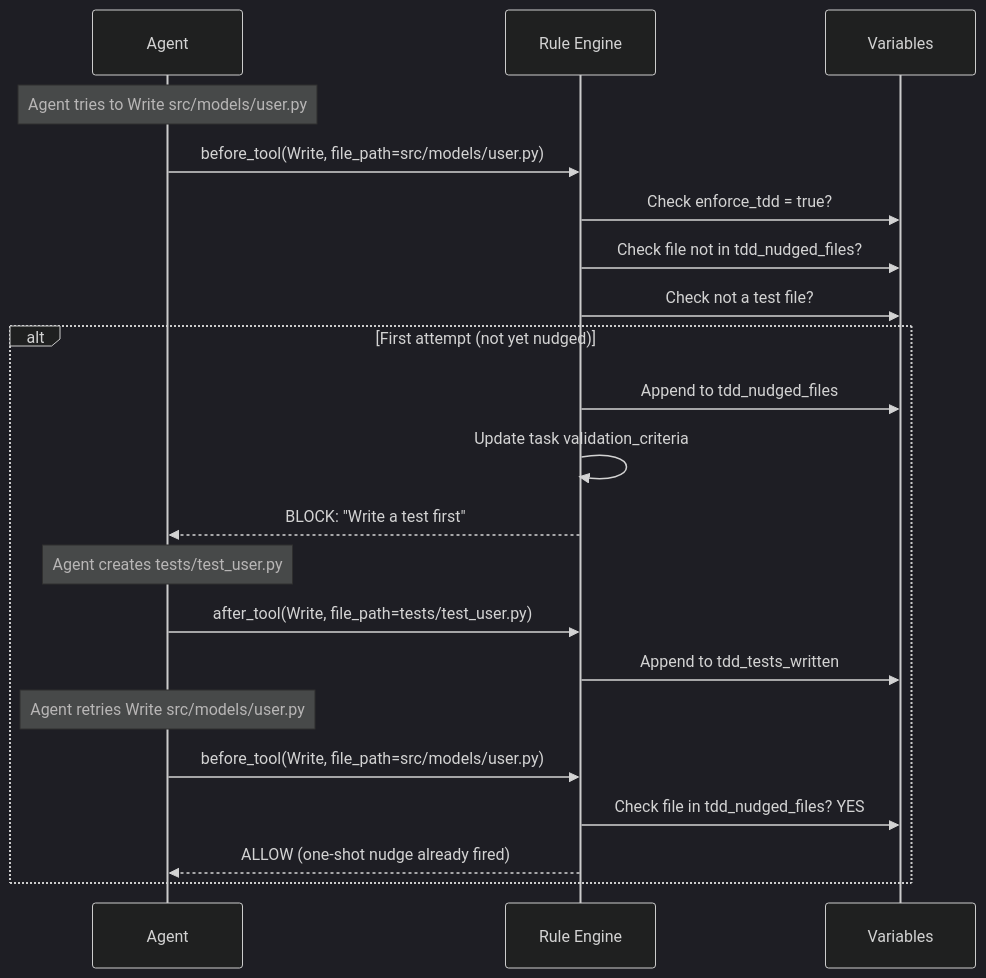
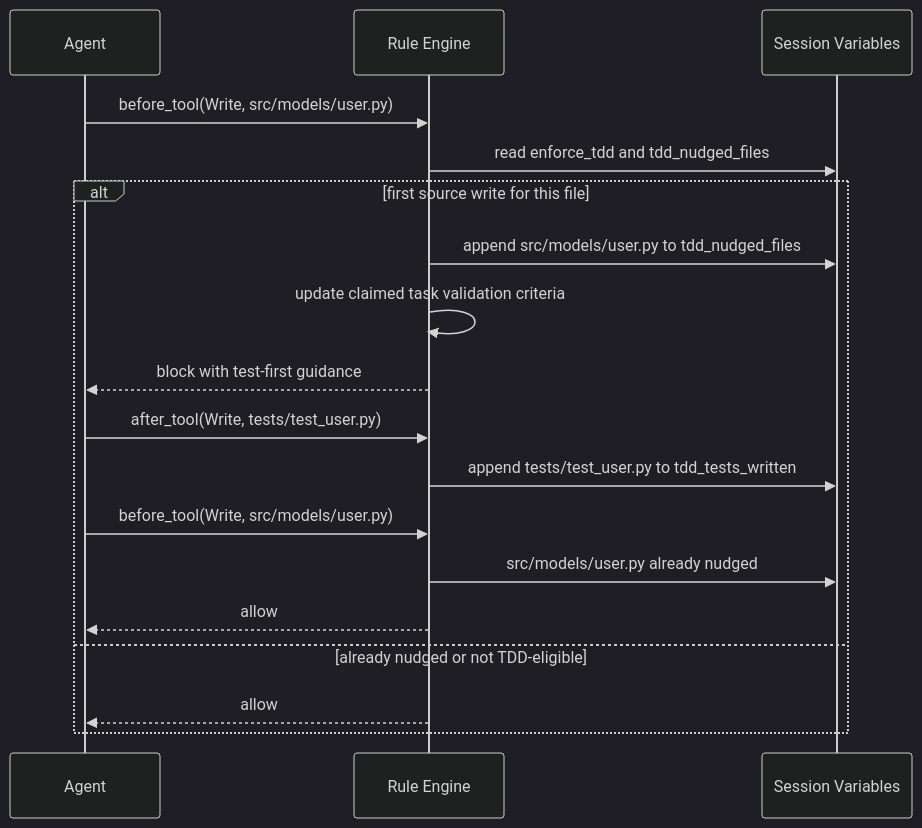
The diagram in docs/guides/tdd-enforcement.md (GobbyAI/gobby), drawn with Mermaid (dark theme) before and after one commit. The commit also changed other lines of this file, not shown here.

Commit message:
[gobby-#14391] docs: refresh TDD enforcement guide

````diff
--- a/docs/guides/tdd-enforcement.md
+++ b/docs/guides/tdd-enforcement.md
@@ -200,30 +222,24 @@
 ```mermaid
 sequenceDiagram
-    participant A as Agent
-    participant RE as Rule Engine
-    participant V as Variables
+    participant Agent
+    participant Rules as Rule Engine
+    participant Vars as Session Variables
 
-    Note over A: Agent tries to Write src/models/user.py
+    Agent->>Rules: before_tool(Write, src/models/user.py)
+    Rules->>Vars: read enforce_tdd and tdd_nudged_files
 
-    A->>RE: before_tool(Write, file_path=src/models/user.py)
-    RE->>V: Check enforce_tdd = true?
-    RE->>V: Check file not in tdd_nudged_files?
-    RE->>V: Check not a test file?
+    alt first source write for this file
+        Rules->>Vars: append src/models/user.py to tdd_nudged_files
+        Rules->>Rules: update claimed task validation criteria
+        Rules-->>Agent: block with test-first guidance
 
-    alt First attempt (not yet nudged)
-        RE->>V: Append to tdd_nudged_files
-        RE->>RE: Update task validation_criteria
-        RE-->>A: BLOCK: "Write a test first"
+        Agent->>Rules: after_tool(Write, tests/test_user.py)
+        Rules->>Vars: append tests/test_user.py to tdd_tests_written
 
-        Note over A: Agent creates tests/test_user.py
-
-        A->>RE: after_tool(Write, file_path=tests/test_user.py)
-        RE->>V: Append to tdd_tests_written
-
-        Note over A: Agent retries Write src/models/user.py
-
-        A->>RE: before_tool(Write, file_path=src/models/user.py)
-        RE->>V: Check file in tdd_nudged_files? YES
-        RE-->>A: ALLOW (one-shot nudge already fired)
+        Agent->>Rules: before_tool(Write, src/models/user.py)
+        Rules->>Vars: src/models/user.py already nudged
+        Rules-->>Agent: allow
+    else already nudged or not TDD-eligible
+        Rules-->>Agent: allow
     end
 ```
````
